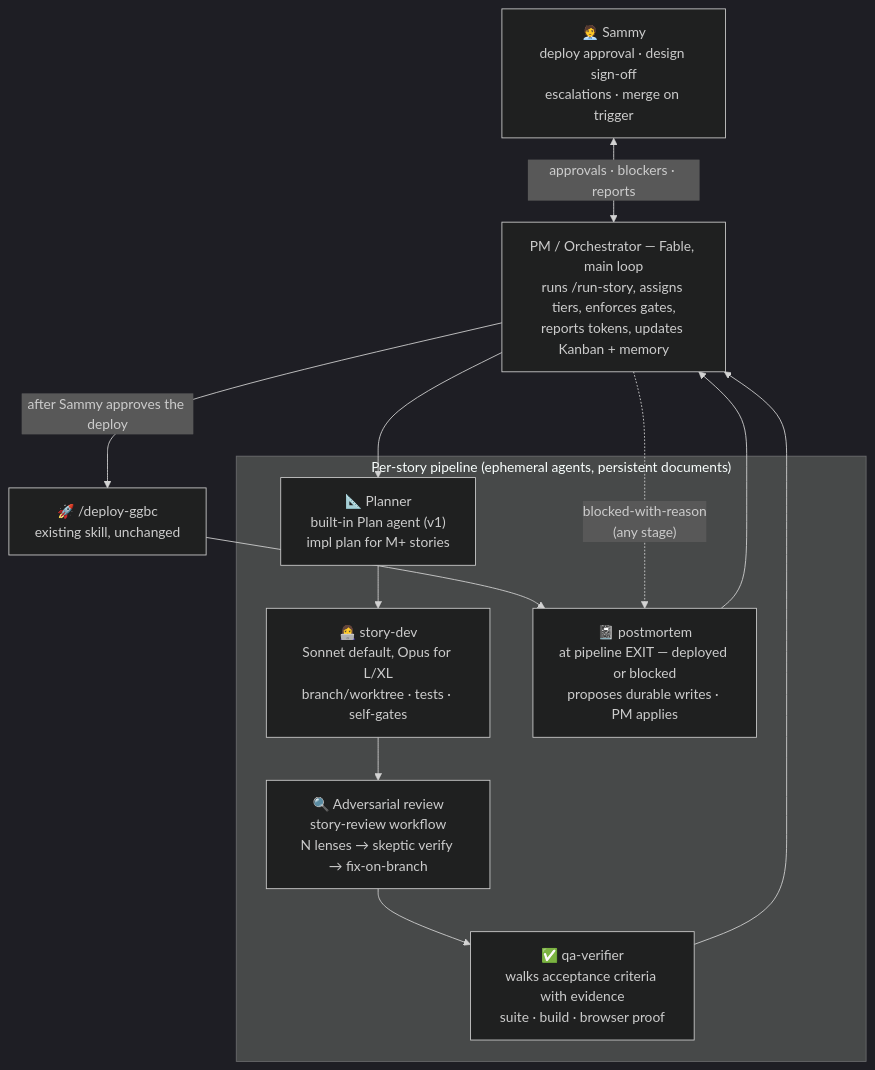
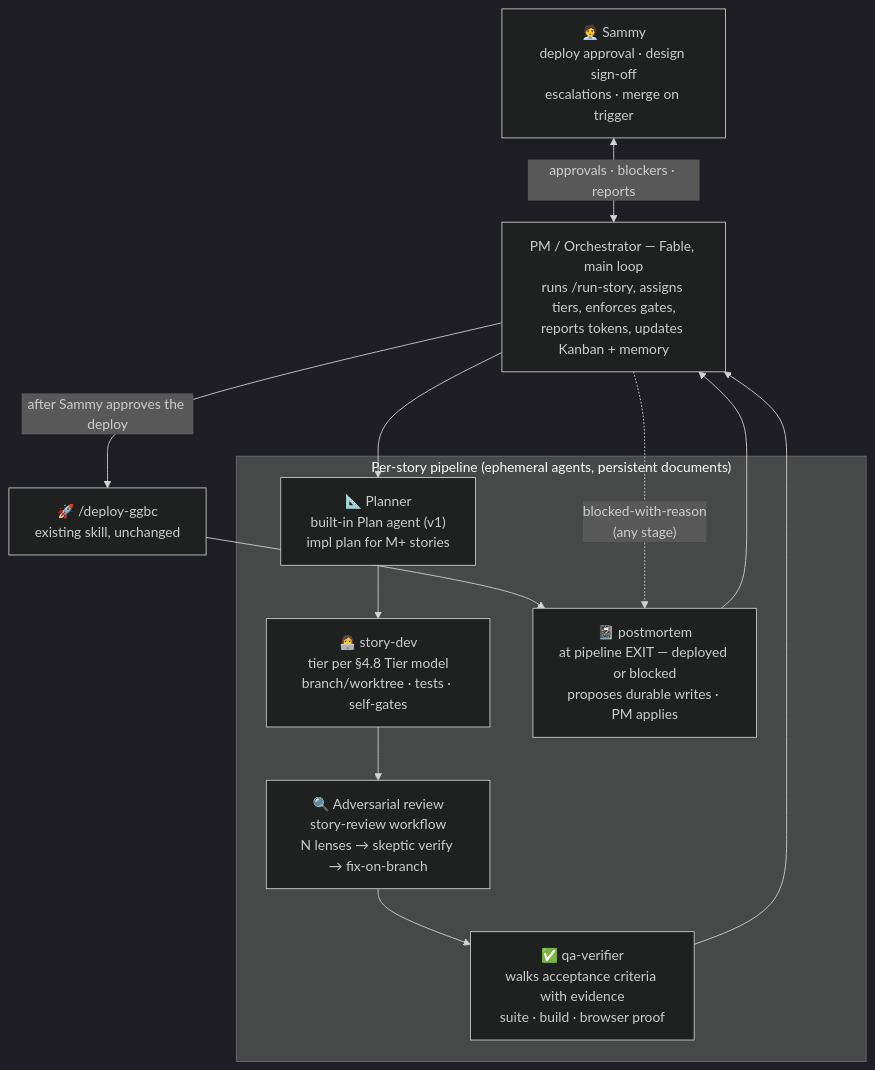
One commit to sammygallo/goodgirlsbotclub changed the diagram in docs/agent-team.md. Above: the diagram before and after it, drawn with Mermaid (dark theme). The commit also changed other lines of this file and 7 other files, not shown here.

````diff
--- a/docs/agent-team.md
+++ b/docs/agent-team.md
@@ -23,20 +23,20 @@
 ```mermaid
 flowchart TB
     SAMMY["🧑‍💼 Sammy<br/>deploy approval · design sign-off<br/>escalations · merge on trigger"]
     PM["PM / Orchestrator — Fable, main loop<br/>runs /run-story, assigns tiers, enforces gates,<br/>reports tokens, updates Kanban + memory"]
 
     SAMMY <-->|"approvals · blockers · reports"| PM
 
     subgraph PIPELINE["Per-story pipeline (ephemeral agents, persistent documents)"]
         PLAN["📐 Planner<br/>built-in Plan agent (v1)<br/>impl plan for M+ stories"]
-        DEV["👩‍💻 story-dev<br/>Sonnet default, Opus for L/XL<br/>branch/worktree · tests · self-gates"]
+        DEV["👩‍💻 story-dev<br/>tier per §4.8 Tier model<br/>branch/worktree · tests · self-gates"]
         REV["🔍 Adversarial review<br/>story-review workflow<br/>N lenses → skeptic verify → fix-on-branch"]
         QA["✅ qa-verifier<br/>walks acceptance criteria with evidence<br/>suite · build · browser proof"]
         PMORT["📓 postmortem<br/>at pipeline EXIT — deployed or blocked<br/>proposes durable writes · PM applies"]
     end
 
     PM --> PLAN --> DEV --> REV --> QA --> PM
     PM -->|"after Sammy approves the deploy"| DEPLOY["🚀 /deploy-ggbc<br/>existing skill, unchanged"]
     DEPLOY --> PMORT --> PM
     PM -.->|"blocked-with-reason<br/>(any stage)"| PMORT
 ```
````
